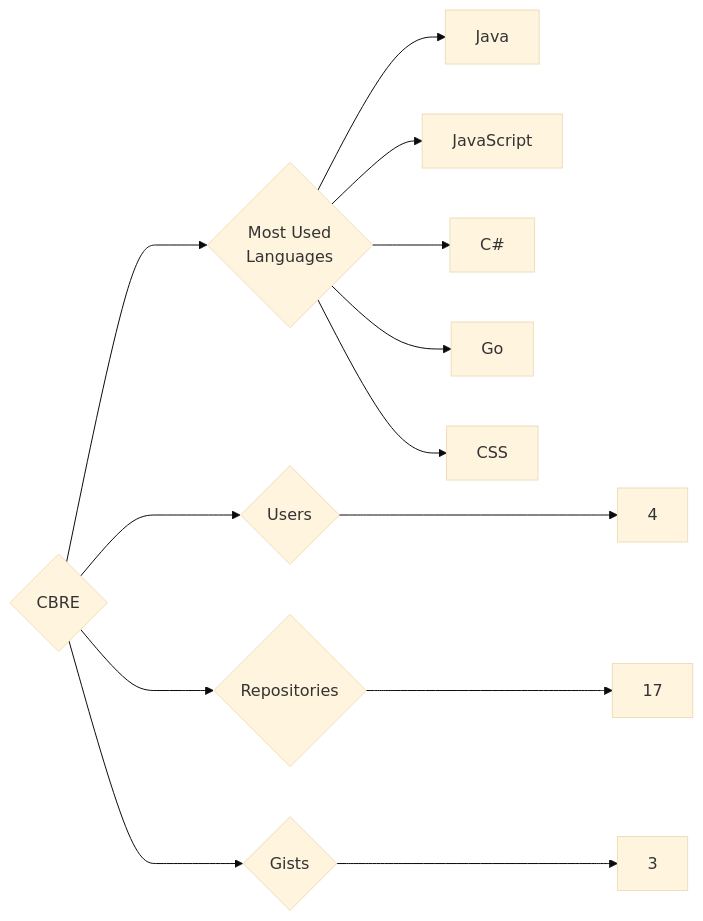
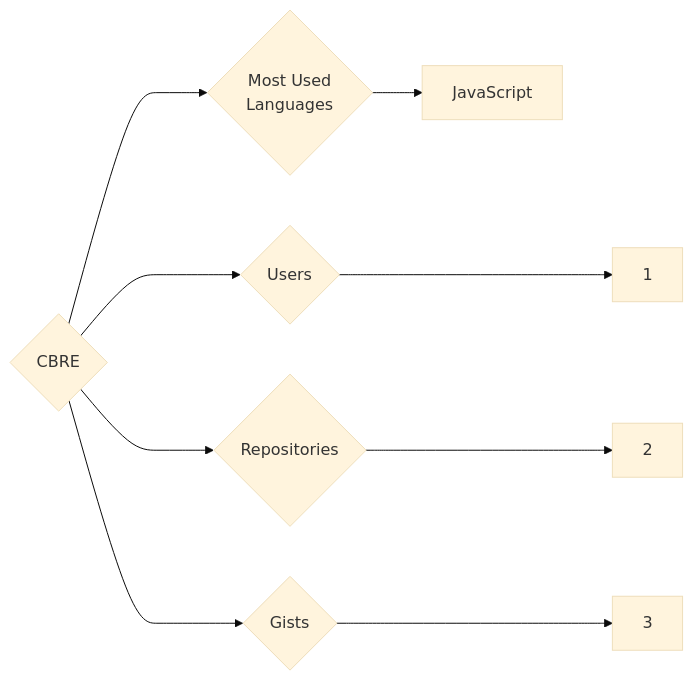
One commit to trickest/insiders changed the diagram in targets/CBRE/README.md. Above: the diagram before and after it, drawn with Mermaid (base theme). The commit also changed 933 other files, not shown here.

````diff
--- a/targets/CBRE/README.md
+++ b/targets/CBRE/README.md
@@ -3,13 +3,9 @@
 ```mermaid
 graph LR
 COMPANY_NAME{CBRE}
-COMPANY_NAME ---> U{Users} ---> UN[4]
-COMPANY_NAME ---> R{Repositories} ---> RN[17]
+COMPANY_NAME ---> U{Users} ---> UN[1]
+COMPANY_NAME ---> R{Repositories} ---> RN[2]
 COMPANY_NAME ---> G{Gists} ---> GN[3]
 COMPANY_NAME ---> ML{Most Used<br>Languages}
-ML --> Java[Java]
 ML --> JavaScript[JavaScript]
-ML --> C#[C#]
-ML --> Go[Go]
-ML --> CSS[CSS]
 ```
````
